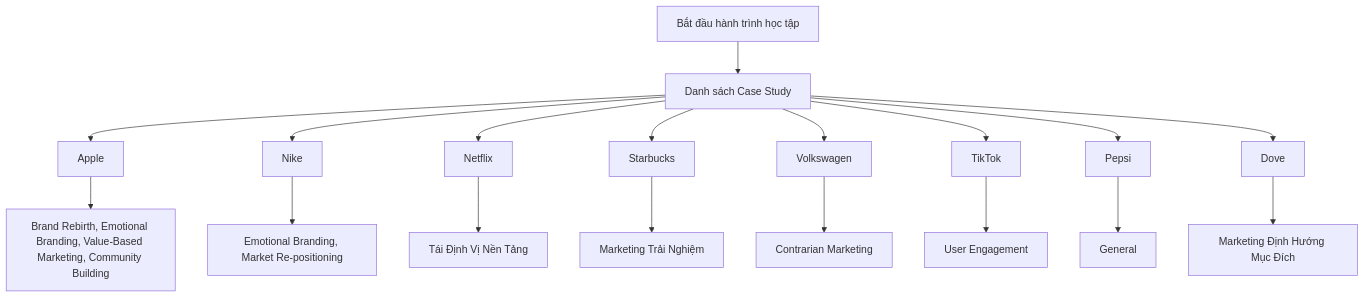
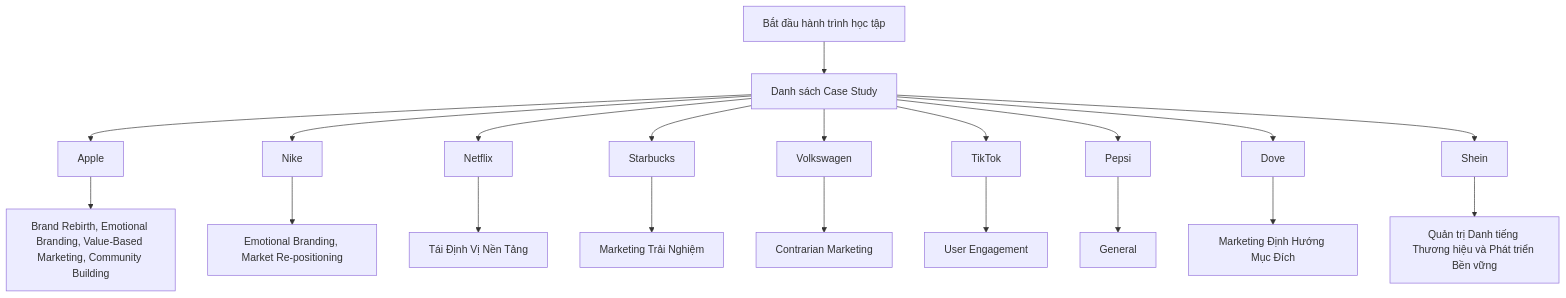
One commit to quy2003/daily-marketing-cases changed the diagram in README.md. Above: the diagram before and after it, drawn with Mermaid. The commit also changed other lines of this file and 3 other files, not shown here.

````diff
--- a/README.md
+++ b/README.md
@@ -25,20 +25,22 @@
 ```mermaid
 graph TD
     Start[Bắt đầu hành trình học tập] --> DailyCases[Danh sách Case Study]
     DailyCases --> Apple["Apple"]
     Apple --> BrandRebirthEmotionalBrandingValueBasedMarketingCommunityBuilding["Brand Rebirth, Emotional Branding, Value-Based Marketing, Community Building"]
     DailyCases --> Nike["Nike"]
     Nike --> EmotionalBrandingMarketRepositioning["Emotional Branding, Market Re-positioning"]
     DailyCases --> Netflix["Netflix"]
     Netflix --> TinhVNnTng["Tái Định Vị Nền Tảng"]
     DailyCases --> Starbucks["Starbucks"]
     Starbucks --> MarketingTriNghim["Marketing Trải Nghiệm"]
     DailyCases --> Volkswagen["Volkswagen"]
     Volkswagen --> ContrarianMarketing["Contrarian Marketing"]
     DailyCases --> TikTok["TikTok"]
     TikTok --> UserEngagement["User Engagement"]
     DailyCases --> Pepsi["Pepsi"]
     Pepsi --> General["General"]
     DailyCases --> Dove["Dove"]
     Dove --> MarketingnhHngMcch["Marketing Định Hướng Mục Đích"]
+    DailyCases --> Shein["Shein"]
+    Shein --> QuntrDanhtingThnghiuvPhttrinBnvng["Quản trị Danh tiếng Thương hiệu và Phát triển Bền vững"]
 ```
````
